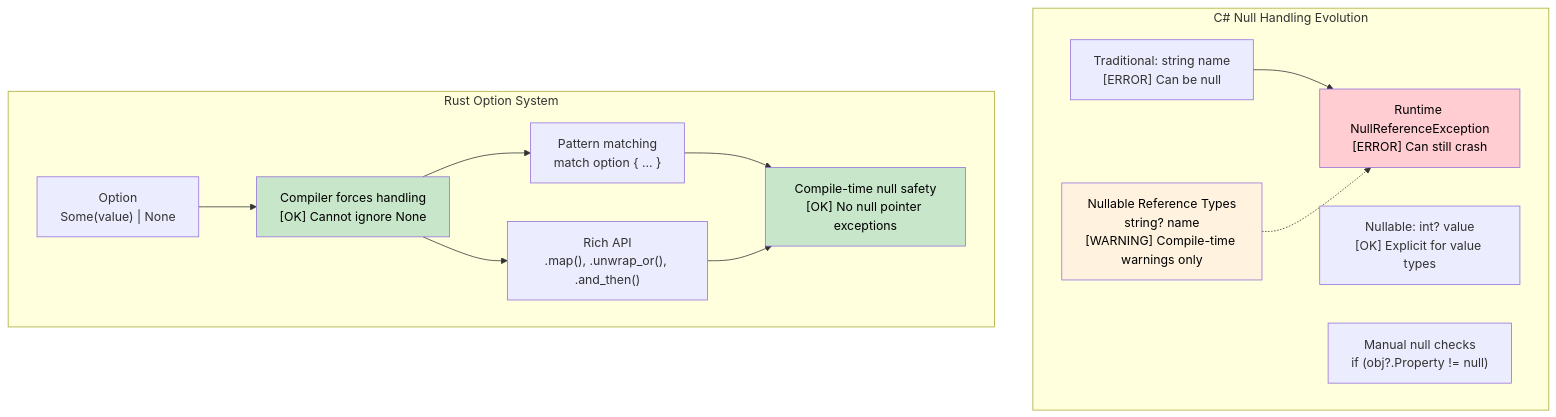
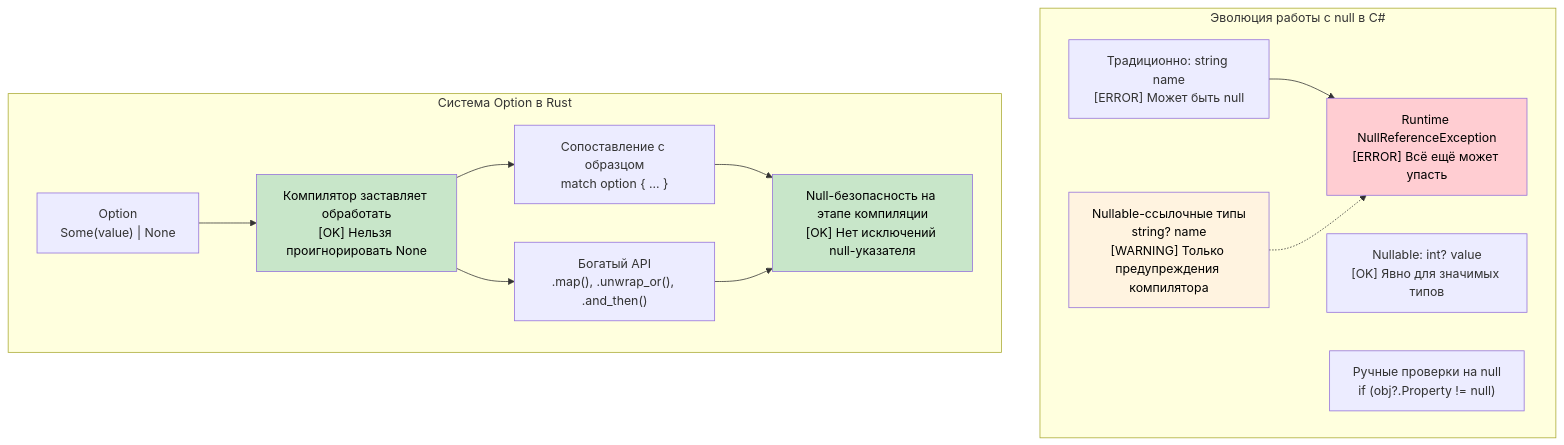
The second of 2 diagrams in csharp-book/src/ch06-1-exhaustive-matching-and-null-safety.md (r007/RustTraining-Rus), drawn with Mermaid before and after one commit. The commit also changed other lines of this file and 11 other files, not shown here.

````diff
--- a/csharp-book/src/ch06-1-exhaustive-matching-and-null-safety.md
+++ b/csharp-book/src/ch06-1-exhaustive-matching-and-null-safety.md
@@ -202,34 +202,34 @@
 ```mermaid
 graph TD
-    subgraph "C# Null Handling Evolution"
-        CS_NULL["Traditional: string name<br/>[ERROR] Can be null"]
-        CS_NULLABLE["Nullable<T>: int? value<br/>[OK] Explicit for value types"]
-        CS_NRT["Nullable Reference Types<br/>string? name<br/>[WARNING] Compile-time warnings only"]
+    subgraph "Эволюция работы с null в C#"
+        CS_NULL["Традиционно: string name<br/>[ERROR] Может быть null"]
+        CS_NULLABLE["Nullable<T>: int? value<br/>[OK] Явно для значимых типов"]
+        CS_NRT["Nullable-ссылочные типы<br/>string? name<br/>[WARNING] Только предупреждения компилятора"]
         
-        CS_RUNTIME["Runtime NullReferenceException<br/>[ERROR] Can still crash"]
+        CS_RUNTIME["Runtime NullReferenceException<br/>[ERROR] Всё ещё может упасть"]
         CS_NULL --> CS_RUNTIME
         CS_NRT -.-> CS_RUNTIME
         
-        CS_CHECKS["Manual null checks<br/>if (obj?.Property != null)"]
+        CS_CHECKS["Ручные проверки на null<br/>if (obj?.Property != null)"]
     end
     
-    subgraph "Rust Option<T> System"
+    subgraph "Система Option<T> в Rust"
         RUST_OPTION["Option<T><br/>Some(value) | None"]
-        RUST_FORCE["Compiler forces handling<br/>[OK] Cannot ignore None"]
-        RUST_MATCH["Pattern matching<br/>match option { ... }"]
-        RUST_METHODS["Rich API<br/>.map(), .unwrap_or(), .and_then()"]
+        RUST_FORCE["Компилятор заставляет обработать<br/>[OK] Нельзя проигнорировать None"]
+        RUST_MATCH["Сопоставление с образцом<br/>match option { ... }"]
+        RUST_METHODS["Богатый API<br/>.map(), .unwrap_or(), .and_then()"]
         
         RUST_OPTION --> RUST_FORCE
         RUST_FORCE --> RUST_MATCH
         RUST_FORCE --> RUST_METHODS
         
-        RUST_SAFE["Compile-time null safety<br/>[OK] No null pointer exceptions"]
+        RUST_SAFE["Null-безопасность на этапе компиляции<br/>[OK] Нет исключений null-указателя"]
         RUST_MATCH --> RUST_SAFE
         RUST_METHODS --> RUST_SAFE
     end
     
     style CS_RUNTIME fill:#ffcdd2,color:#000
     style RUST_SAFE fill:#c8e6c9,color:#000
     style CS_NRT fill:#fff3e0,color:#000
     style RUST_FORCE fill:#c8e6c9,color:#000
 ```
````
